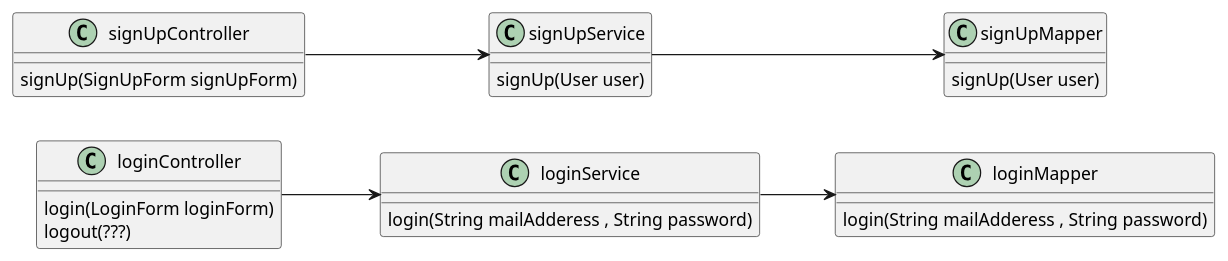
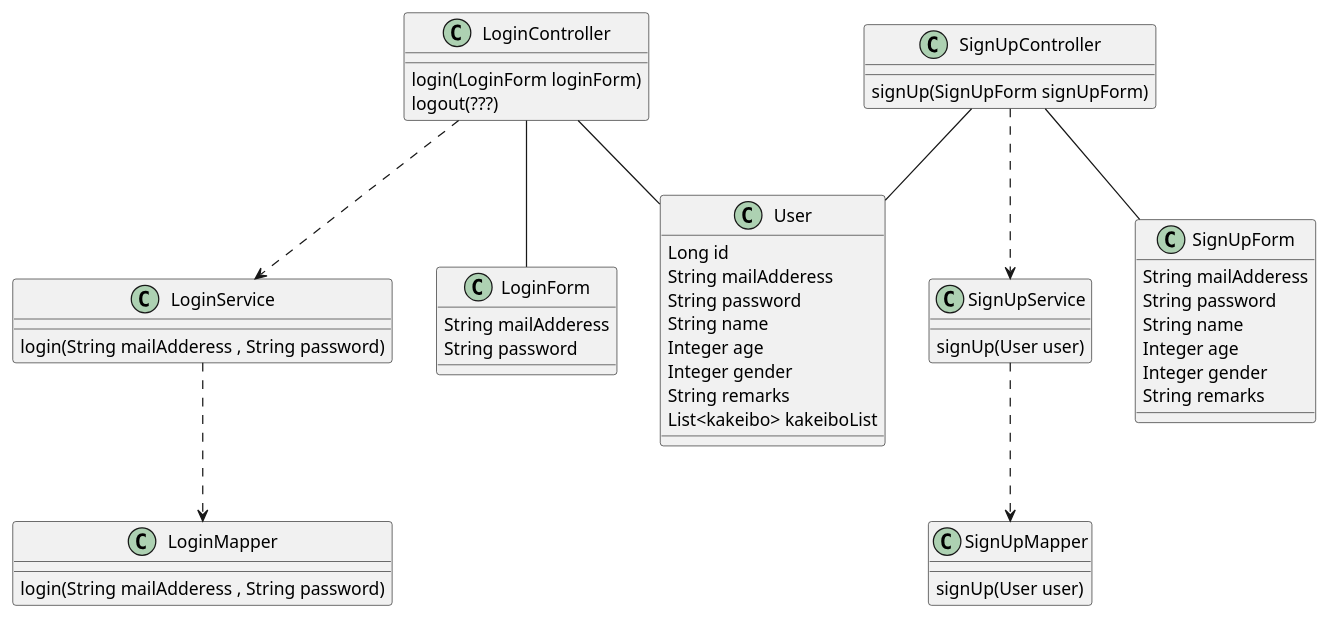
One commit to shinnamie/sns-kakeibo changed the diagram in UML/クラス図/class.pu. Above: the diagram before and after it, drawn with PlantUML. The commit also changed 4 other files, not shown here.

Commit message:
UML図の画像ファイル追加/lombok対応用リファクタリング

```diff
--- a/UML/クラス図/class.pu
+++ b/UML/クラス図/class.pu
@@ -1,46 +1,86 @@
 @startuml
 
-class loginController {
+top to bottom direction
+
+class LoginController {
 
     login(LoginForm loginForm)
     logout(???)
 
 }
 
-class loginService{
+class LoginService{
     
     login(String mailAdderess , String password)
     
 }
 
-class loginMapper{
+class LoginMapper{
     
     login(String mailAdderess , String password)
     
 }
 
-class signUpController{
+class SignUpController{
 
     signUp(SignUpForm signUpForm)
     
 }
 
-class signUpService{
+class SignUpService{
 
     signUp(User user)
 }
 
-class signUpMapper{
+class SignUpMapper{
 
     signUp(User user)
 }
 
-left to right direction
+class SignUpForm{
 
-loginController  -->  loginService 
-loginService  -->  loginMapper 
+    String mailAdderess
+    String password
+    String name
+    Integer age
+    Integer gender
+    String remarks
+}
 
-signUpController  -->  signUpService 
-signUpService  -->  signUpMapper 
+class User{
+
+    Long id
+    String mailAdderess
+    String password
+    String name
+    Integer age
+    Integer gender
+    String remarks
+    List<kakeibo> kakeiboList
+}
+
+class LoginForm{
+
+    String mailAdderess
+    String password
+
+}
+
+
+
+
+
+
+LoginController  ..>  LoginService 
+LoginService  ..>  LoginMapper 
+LoginController -- LoginForm
+LoginController -- User
+
+SignUpController  ..>  SignUpService 
+SignUpService  ..>  SignUpMapper 
+SignUpController -- SignUpForm
+SignUpController -- User
+
+
 
 @enduml
```
